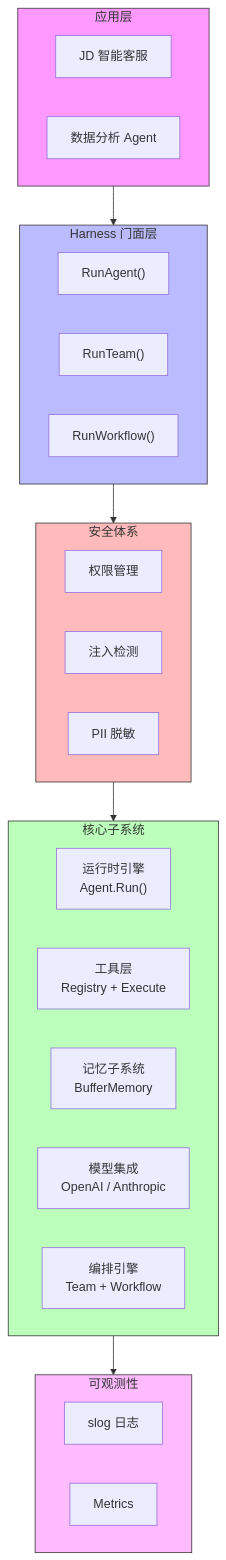
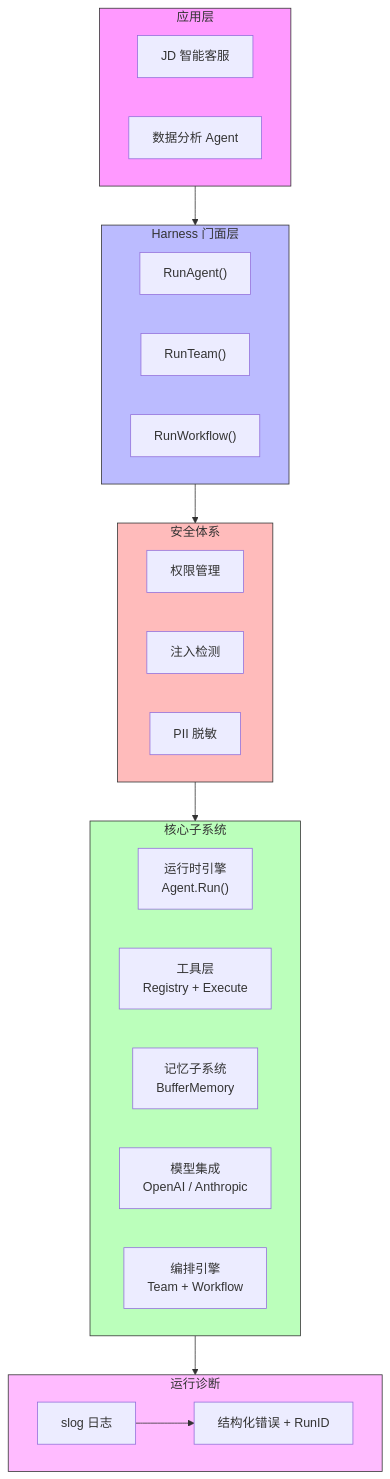
The first of 2 diagrams in docs/02-architecture.md (apexracing/tracklogic-agent), drawn with Mermaid before and after one commit. The commit also changed other lines of this file and 52 other files, not shown here.

````diff
--- a/docs/02-architecture.md
+++ b/docs/02-architecture.md
@@ -40,43 +42,44 @@
 ```mermaid
 graph TB
     subgraph APP["应用层"]
         JD["JD 智能客服"]
         DA["数据分析 Agent"]
     end
     
     subgraph FACADE["Harness 门面层"]
         RA["RunAgent()"]
         RT["RunTeam()"]
         RW["RunWorkflow()"]
     end
     
     subgraph CORE["核心子系统"]
         ENG["运行时引擎<br/>Agent.Run()"]
         TOOL["工具层<br/>Registry + Execute"]
         MEM["记忆子系统<br/>BufferMemory"]
         MOD["模型集成<br/>OpenAI / Anthropic"]
         ORCH["编排引擎<br/>Team + Workflow"]
     end
     
     subgraph SEC["安全体系"]
         PM["权限管理"]
         INJ["注入检测"]
         PII["PII 脱敏"]
     end
     
-    subgraph OBS["可观测性"]
+    subgraph OBS["运行诊断"]
         LOG["slog 日志"]
-        MET["Metrics"]
+        ERR["结构化错误 + RunID"]
     end
     
     APP --> FACADE
     FACADE --> SEC
     SEC --> CORE
     CORE --> OBS
+    LOG --> ERR
     
     style APP fill:#f9f,stroke:#333
     style FACADE fill:#bbf,stroke:#333
     style CORE fill:#bfb,stroke:#333
     style SEC fill:#fbb,stroke:#333
     style OBS fill:#fbf,stroke:#333
 ```
````
